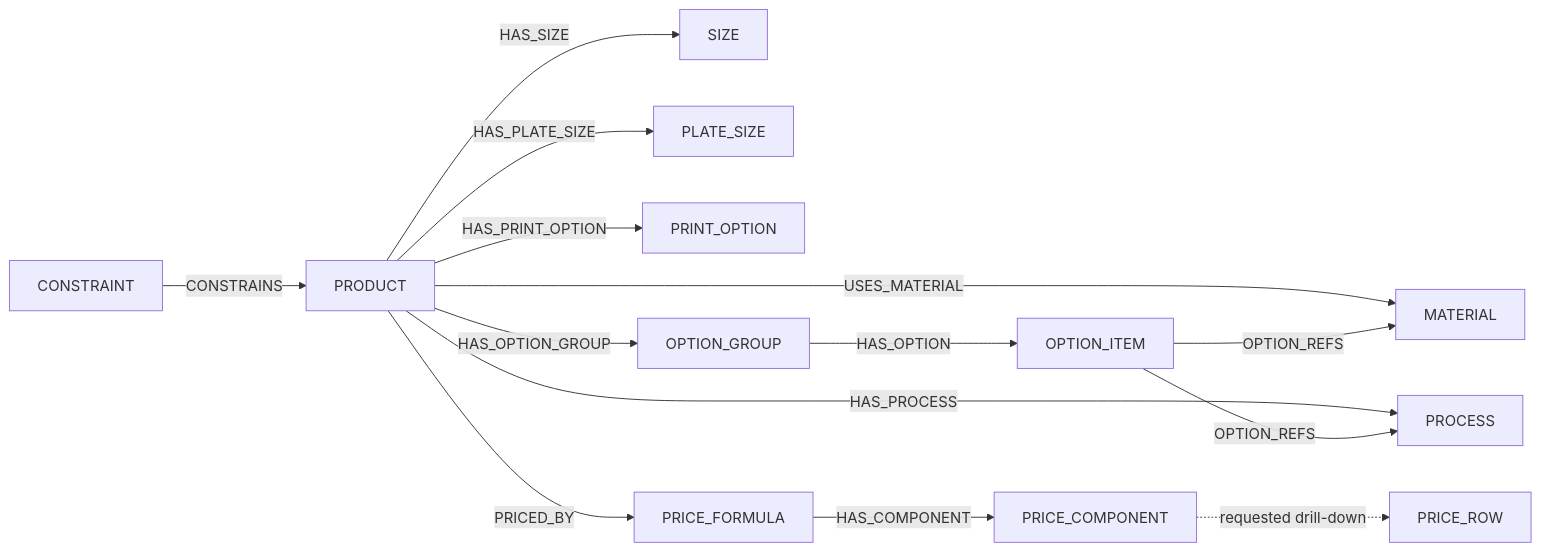
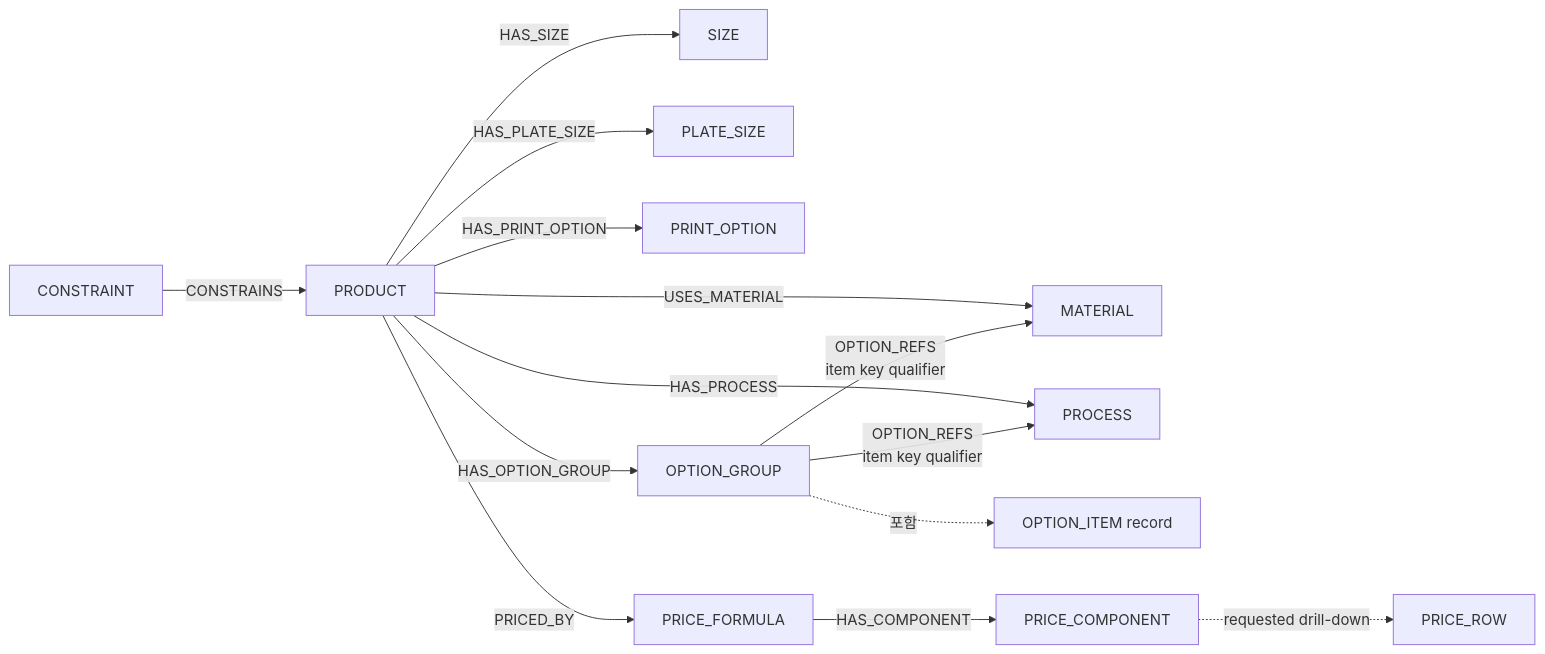
The fourth of 7 diagrams in _workspace/ai-ready-db-recipe/AI-READY-LIVE-DB-RECIPE.md (skeeper75/HuniWeb), drawn with Mermaid before and after one commit. The commit also changed other lines of this file and 5 other files, not shown here.

````diff
--- a/_workspace/ai-ready-db-recipe/AI-READY-LIVE-DB-RECIPE.md
+++ b/_workspace/ai-ready-db-recipe/AI-READY-LIVE-DB-RECIPE.md
@@ -404,16 +444,16 @@
 ```mermaid
 flowchart LR
     P[PRODUCT] -->|USES_MATERIAL| M[MATERIAL]
     P -->|HAS_SIZE| S[SIZE]
     P -->|HAS_PLATE_SIZE| PS[PLATE_SIZE]
     P -->|HAS_PRINT_OPTION| PO[PRINT_OPTION]
     P -->|HAS_PROCESS| PR[PROCESS]
     P -->|HAS_OPTION_GROUP| OG[OPTION_GROUP]
-    OG -->|HAS_OPTION| OI[OPTION_ITEM]
-    OI -->|OPTION_REFS| M
-    OI -->|OPTION_REFS| PR
+    OG -. 포함 .-> OI[OPTION_ITEM record]
+    OG -->|OPTION_REFS<br/>item key qualifier| M
+    OG -->|OPTION_REFS<br/>item key qualifier| PR
     P -->|PRICED_BY| PF[PRICE_FORMULA]
     PF -->|HAS_COMPONENT| PC[PRICE_COMPONENT]
     PC -. requested drill-down .-> ROW[PRICE_ROW]
     C[CONSTRAINT] -->|CONSTRAINS| P
 ```
````
